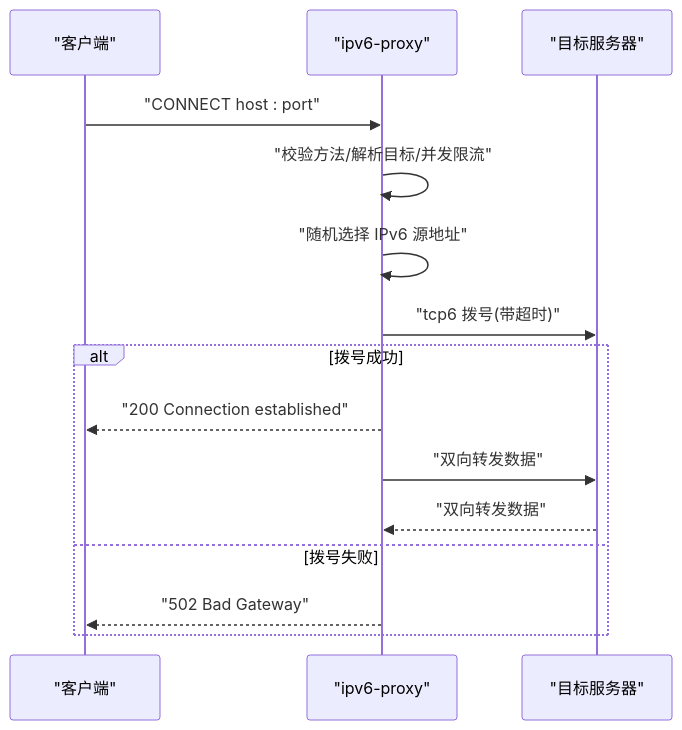
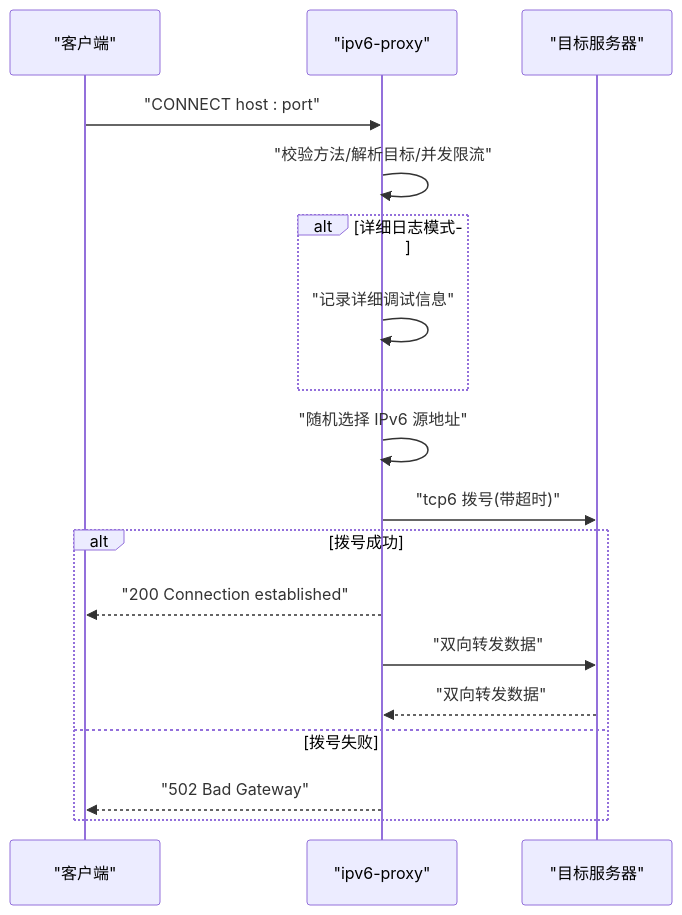
Before and after one commit to chuwang9964/ipv6-proxy-pool: the second of 4 diagrams in .qoder/repowiki/zh/content/配置参考.md, drawn with Mermaid. The commit also changed other lines of this file and 22 other files, not shown here.

````diff
--- a/.qoder/repowiki/zh/content/配置参考.md
+++ b/.qoder/repowiki/zh/content/配置参考.md
@@ -70,17 +84,20 @@
 ```mermaid
 sequenceDiagram
 participant Client as "客户端"
 participant Proxy as "ipv6-proxy"
 participant Target as "目标服务器"
 Client->>Proxy : "CONNECT host : port"
 Proxy->>Proxy : "校验方法/解析目标/并发限流"
+alt 详细日志模式
+Proxy->>Proxy : "记录详细调试信息"
+end
 Proxy->>Proxy : "随机选择 IPv6 源地址"
 Proxy->>Target : "tcp6 拨号(带超时)"
 alt 拨号成功
 Proxy-->>Client : "200 Connection established"
 Proxy->>Target : "双向转发数据"
 Target-->>Proxy : "双向转发数据"
 else 拨号失败
 Proxy-->>Client : "502 Bad Gateway"
 end
 ```
````
